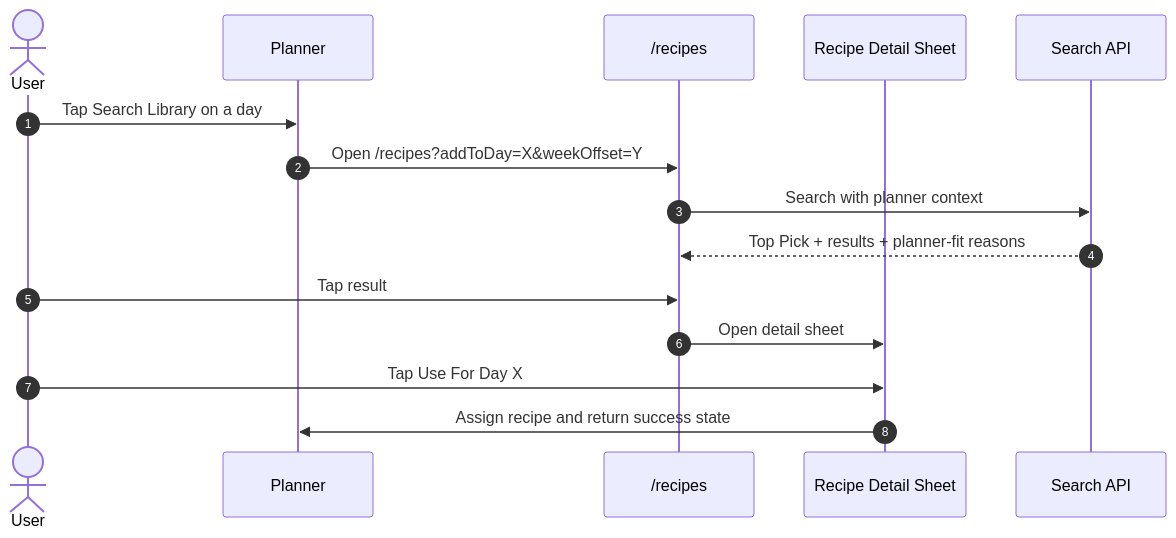
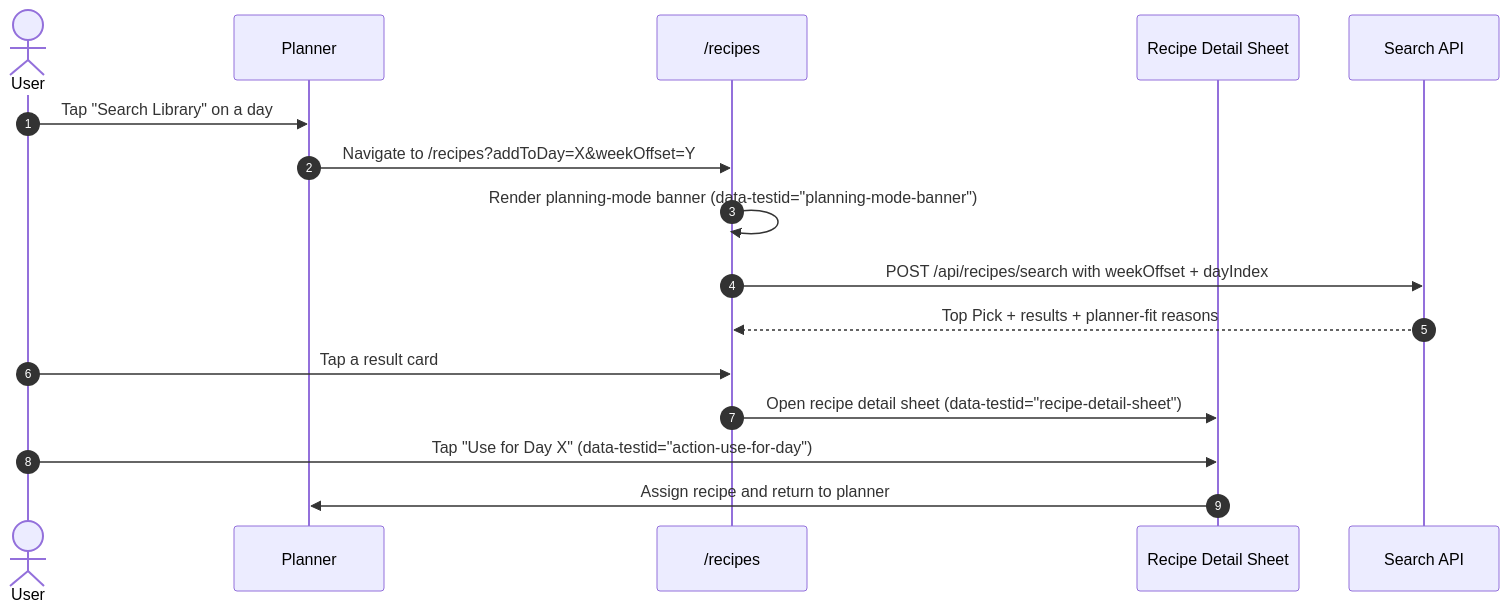
Before and after one commit to AlexandreBrisebois/whats-for-supper: the second of 5 diagrams in docs/flows/user-flows/recipe-search-and-library-recovery.md, drawn with Mermaid. The commit also changed other lines of this file and 14 other files, not shown here.

First line of the commit message:
feat: Implement Recipe Stack Browse feature with full-screen card browsing

````diff
--- a/docs/flows/user-flows/recipe-search-and-library-recovery.md
+++ b/docs/flows/user-flows/recipe-search-and-library-recovery.md
@@ -85,18 +88,19 @@
 ```mermaid
 sequenceDiagram
     autonumber
     actor User
     participant Planner
     participant Search as /recipes
     participant Detail as Recipe Detail Sheet
     participant API as Search API
 
-    User->>Planner: Tap Search Library on a day
-    Planner->>Search: Open /recipes?addToDay=X&weekOffset=Y
-    Search->>API: Search with planner context
+    User->>Planner: Tap "Search Library" on a day
+    Planner->>Search: Navigate to /recipes?addToDay=X&weekOffset=Y
+    Search->>Search: Render planning-mode banner (data-testid="planning-mode-banner")
+    Search->>API: POST /api/recipes/search with weekOffset + dayIndex
     API-->>Search: Top Pick + results + planner-fit reasons
-    User->>Search: Tap result
-    Search->>Detail: Open detail sheet
-    User->>Detail: Tap Use For Day X
-    Detail->>Planner: Assign recipe and return success state
+    User->>Search: Tap a result card
+    Search->>Detail: Open recipe detail sheet (data-testid="recipe-detail-sheet")
+    User->>Detail: Tap "Use for Day X" (data-testid="action-use-for-day")
+    Detail->>Planner: Assign recipe and return to planner
 ```
````
